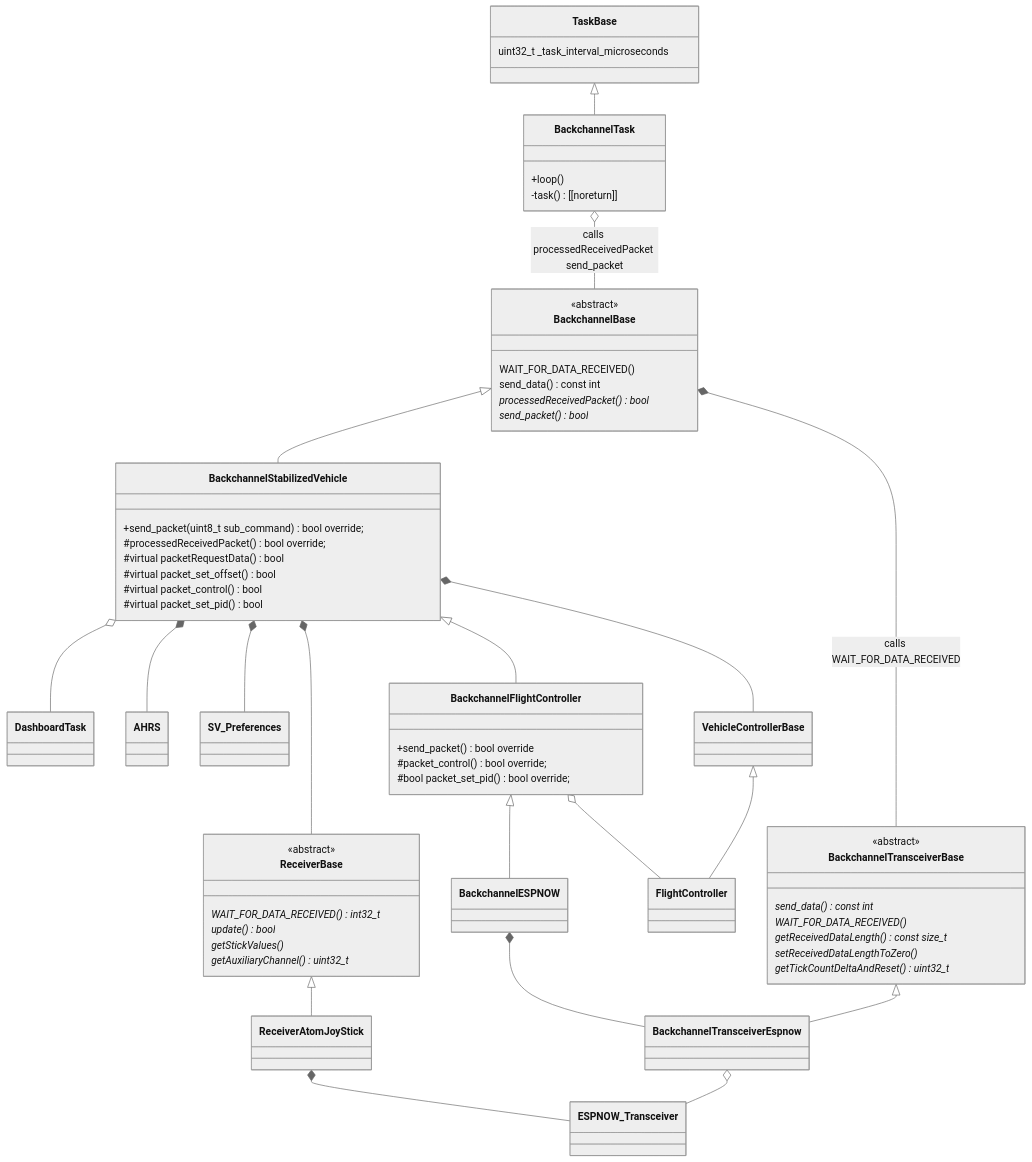
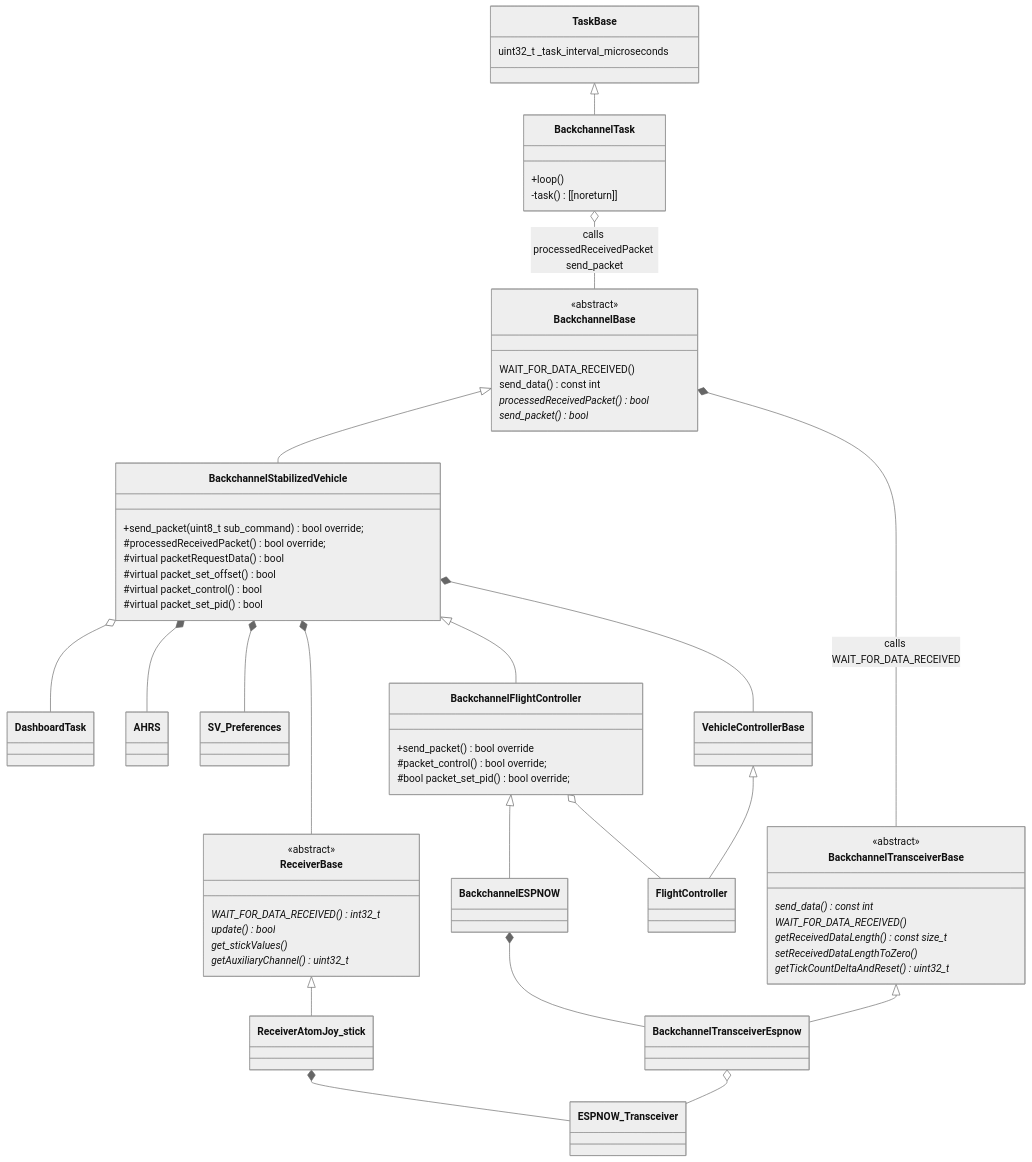
The diagram in Backchannel.md (martinbudden/Protoflight), drawn with Mermaid (neutral theme) before and after one commit. The commit also changed 275 other files, not shown here.

````diff
--- a/Backchannel.md
+++ b/Backchannel.md
@@ -4,74 +4,74 @@
 ```mermaid
 classDiagram
     class BackchannelTransceiverBase {
         <<abstract>>
         send_data() const int *
         WAIT_FOR_DATA_RECEIVED() *
         getReceivedDataLength() const size_t *
         setReceivedDataLengthToZero() *
         getTickCountDeltaAndReset() uint32_t *
     }
 
     BackchannelTransceiverBase <|-- BackchannelTransceiverEspnow
     BackchannelTransceiverEspnow o-- ESPNOW_Transceiver
 
     class BackchannelBase {
         <<abstract>>
         WAIT_FOR_DATA_RECEIVED()
         send_data() const int
         processedReceivedPacket() bool *
         send_packet() bool *
     }
     BackchannelBase *-- BackchannelTransceiverBase : calls WAIT_FOR_DATA_RECEIVED
 
     class ReceiverBase {
         <<abstract>>
         WAIT_FOR_DATA_RECEIVED() int32_t *
         update() bool *
-        getStickValues() *
+        get_stickValues() *
         getAuxiliaryChannel() uint32_t *
     }
-    ReceiverBase <|-- ReceiverAtomJoyStick
-    class ReceiverAtomJoyStick
-    ReceiverAtomJoyStick *-- ESPNOW_Transceiver
+    ReceiverBase <|-- ReceiverAtomJoy_stick
+    class ReceiverAtomJoy_stick
+    ReceiverAtomJoy_stick *-- ESPNOW_Transceiver
 
     BackchannelBase <|-- BackchannelStabilizedVehicle
     class BackchannelStabilizedVehicle {
         +send_packet(uint8_t sub_command) bool override;
         #processedReceivedPacket() bool override;
         #virtual packetRequestData() bool
         #virtual packet_set_offset() bool
         #virtual packet_control() bool
         #virtual packet_set_pid() bool
     }
     BackchannelStabilizedVehicle o-- DashboardTask
     BackchannelStabilizedVehicle *-- AHRS
     BackchannelStabilizedVehicle *-- SV_Preferences
     BackchannelStabilizedVehicle *-- ReceiverBase
     BackchannelStabilizedVehicle *-- VehicleControllerBase
 
     BackchannelStabilizedVehicle <|--BackchannelFlightController
     class BackchannelFlightController {
         +send_packet() bool override
         #packet_control() bool override;
         #bool packet_set_pid() bool override;
     }
     VehicleControllerBase <|-- FlightController
     BackchannelFlightController o-- FlightController
 
     BackchannelFlightController <|-- BackchannelESPNOW
     BackchannelESPNOW *-- BackchannelTransceiverEspnow
 
 
 
 
     class TaskBase {
         uint32_t _task_interval_microseconds
     }
     TaskBase <|-- BackchannelTask
     class BackchannelTask {
         +loop()
         -task() [[noreturn]]
     }
     BackchannelTask o-- BackchannelBase : calls processedReceivedPacket send_packet
 ```
````
